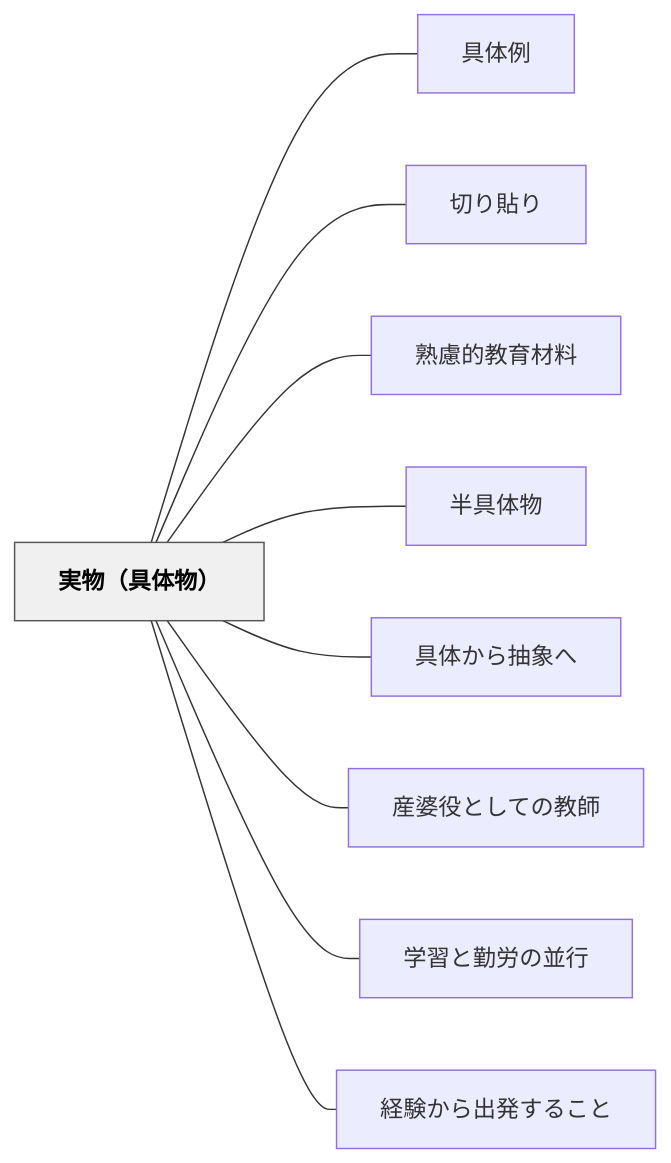
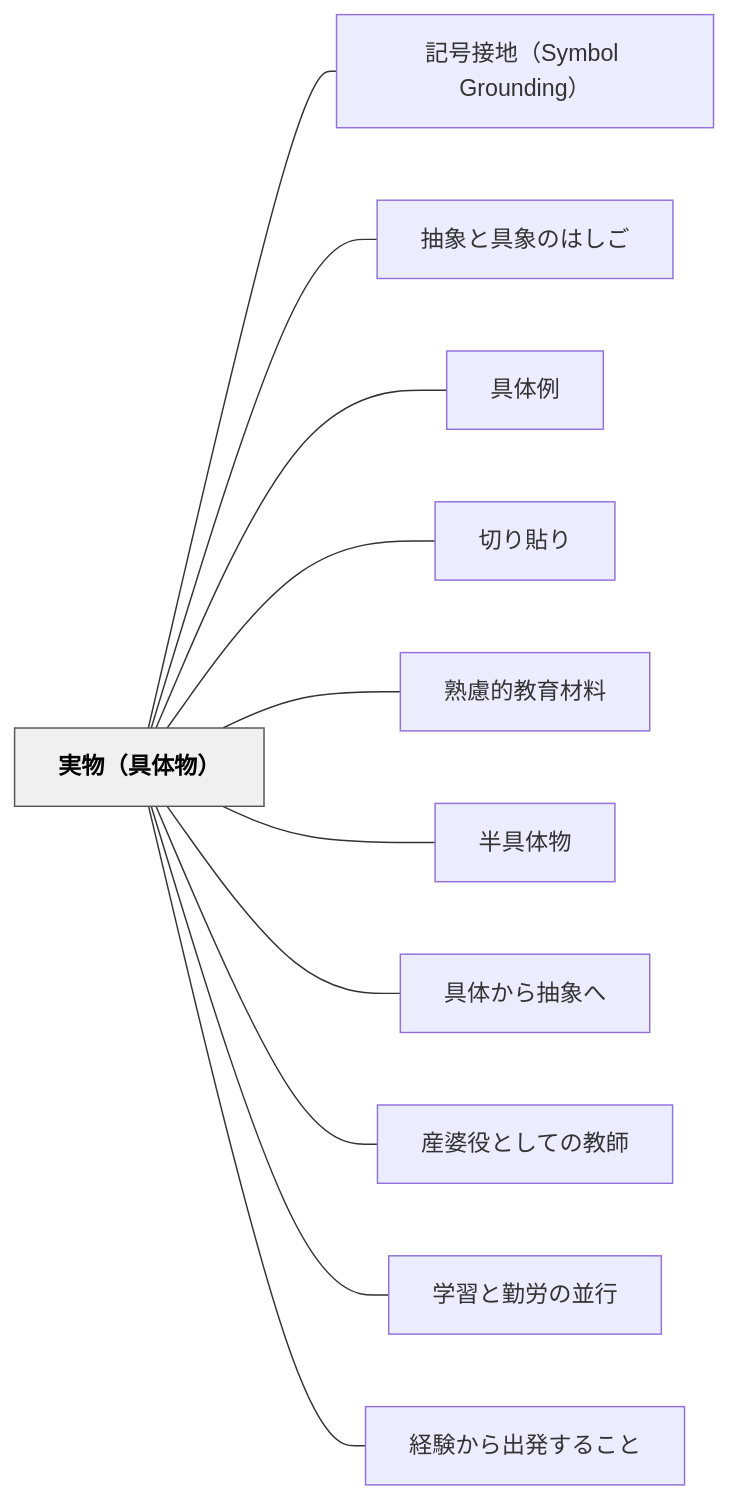
The diagram in content/パタン/実物（具体物）.md (unknownthings-ed-patterns/unknownthings-ed-patterns), drawn with Mermaid before and after one commit. The commit also changed other lines of this file and 185 other files, not shown here.

````diff
--- a/content/パタン/実物（具体物）.md
+++ b/content/パタン/実物（具体物）.md
@@ -84,24 +86,28 @@
 ```mermaid
 flowchart LR
     ne5ae9fe789a9efbc88e585b7e4bd93e789a9efbc89["実物（具体物）"]
+    ne8a898e58fb7e68ea5e59cb0efbc8853796d626f6c2047726f756e64696e67efbc89["記号接地（Symbol Grounding）"]
+    ne68abde8b1a1e381a8e585b7e8b1a1e381aee381afe38197e38194["抽象と具象のはしご"]
     ne585b7e4bd93e4be8b["具体例"]
     ne58887e3828ae8b2bce3828a["切り貼り"]
     ne7869fe685aee79a84e69599e882b2e69d90e69699["熟慮的教育材料"]
     ne58d8ae585b7e4bd93e789a9["半具体物"]
     ne585b7e4bd93e3818be38289e68abde8b1a1e381b8["具体から抽象へ"]
     ne794a3e5a986e5bdb9e381a8e38197e381a6e381aee69599e5b8ab["産婆役としての教師"]
     ne5ada6e7bf92e381a8e58ba4e58ab4e381aee4b8a6e8a18c["学習と勤労の並行"]
     ne7b58ce9a893e3818be38289e587bae799bae38199e3828be38193e381a8["経験から出発すること"]
 
+    ne5ae9fe789a9efbc88e585b7e4bd93e789a9efbc89 --- ne8a898e58fb7e68ea5e59cb0efbc8853796d626f6c2047726f756e64696e67efbc89
+    ne5ae9fe789a9efbc88e585b7e4bd93e789a9efbc89 --- ne68abde8b1a1e381a8e585b7e8b1a1e381aee381afe38197e38194
     ne5ae9fe789a9efbc88e585b7e4bd93e789a9efbc89 --- ne585b7e4bd93e4be8b
     ne5ae9fe789a9efbc88e585b7e4bd93e789a9efbc89 --- ne58887e3828ae8b2bce3828a
     ne5ae9fe789a9efbc88e585b7e4bd93e789a9efbc89 --- ne7869fe685aee79a84e69599e882b2e69d90e69699
     ne5ae9fe789a9efbc88e585b7e4bd93e789a9efbc89 --- ne58d8ae585b7e4bd93e789a9
     ne5ae9fe789a9efbc88e585b7e4bd93e789a9efbc89 --- ne585b7e4bd93e3818be38289e68abde8b1a1e381b8
     ne5ae9fe789a9efbc88e585b7e4bd93e789a9efbc89 --- ne794a3e5a986e5bdb9e381a8e38197e381a6e381aee69599e5b8ab
     ne5ae9fe789a9efbc88e585b7e4bd93e789a9efbc89 --- ne5ada6e7bf92e381a8e58ba4e58ab4e381aee4b8a6e8a18c
     ne5ae9fe789a9efbc88e585b7e4bd93e789a9efbc89 --- ne7b58ce9a893e3818be38289e587bae799bae38199e3828be38193e381a8
 
     classDef hub fill:#f0f0f0,stroke:#555,color:#000,font-weight:bold
     class ne5ae9fe789a9efbc88e585b7e4bd93e789a9efbc89 hub
 ```
````
